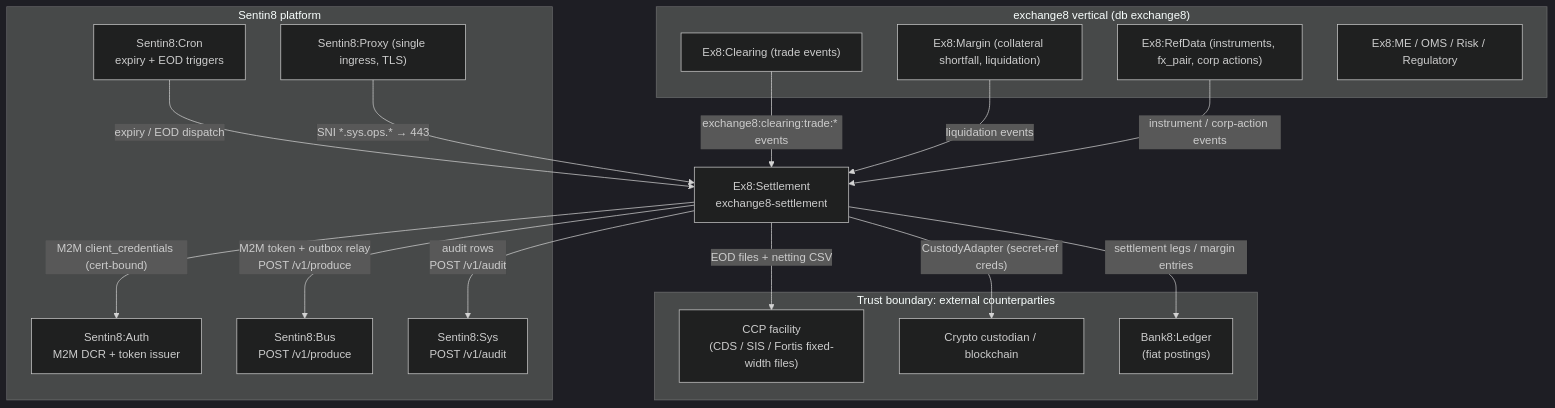
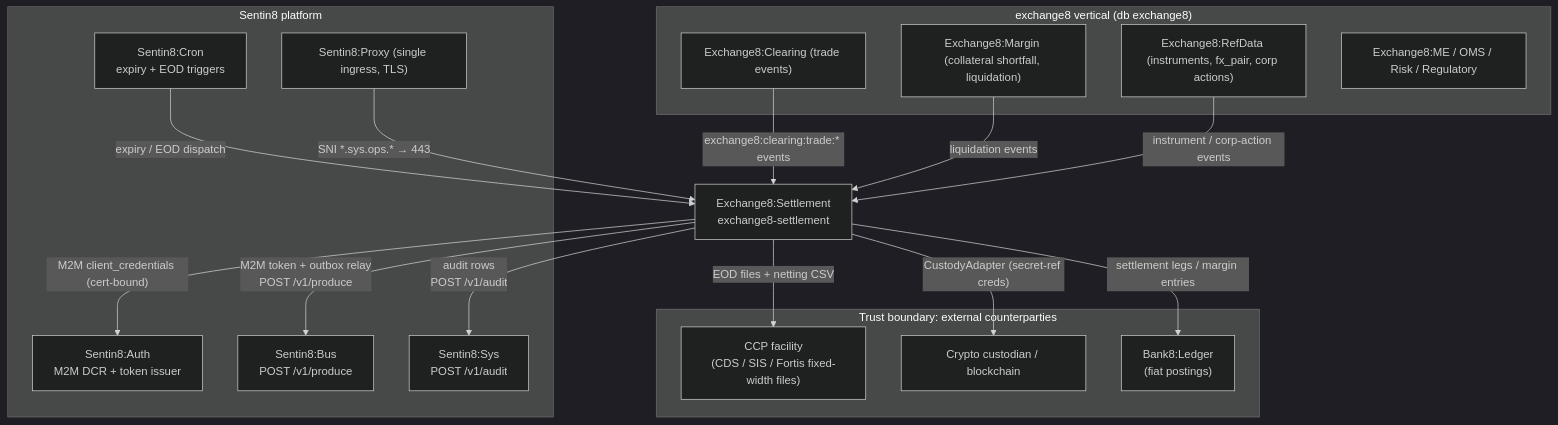
Before and after one commit to Exchange8-dev/exchange8-settlement: the first of 23 diagrams in DESIGN.md, drawn with Mermaid (dark theme). The commit also changed other lines of this file and 9 other files, not shown here.

````diff
--- a/DESIGN.md
+++ b/DESIGN.md
@@ -41,37 +41,37 @@
 ```mermaid
 graph TD
     subgraph vertical["exchange8 vertical (db exchange8)"]
-        CLEARING["Ex8:Clearing (trade events)"]
-        MARGIN["Ex8:Margin (collateral shortfall, liquidation)"]
-        REFDATA["Ex8:RefData (instruments, fx_pair, corp actions)"]
-        OTHER["Ex8:ME / OMS / Risk / Regulatory"]
+        CLEARING["Exchange8:Clearing (trade events)"]
+        MARGIN["Exchange8:Margin (collateral shortfall, liquidation)"]
+        REFDATA["Exchange8:RefData (instruments, fx_pair, corp actions)"]
+        OTHER["Exchange8:ME / OMS / Risk / Regulatory"]
     end
 
     subgraph external["Trust boundary: external counterparties"]
         CCP["CCP facility<br/>(CDS / SIS / Fortis fixed-width files)"]
         CUSTODIAN["Crypto custodian / blockchain"]
         LEDGER["Bank8:Ledger<br/>(fiat postings)"]
     end
 
     subgraph platform["Sentin8 platform"]
         AUTH["Sentin8:Auth<br/>M2M DCR + token issuer"]
         BUS["Sentin8:Bus<br/>POST /v1/produce"]
         SYS["Sentin8:Sys<br/>POST /v1/audit"]
         CRON["Sentin8:Cron<br/>expiry + EOD triggers"]
         PROXY["Sentin8:Proxy (single ingress, TLS)"]
     end
 
-    SVC["Ex8:Settlement<br/>exchange8-settlement"]
+    SVC["Exchange8:Settlement<br/>exchange8-settlement"]
 
     CLEARING -->|"exchange8:clearing:trade:* events"| SVC
     MARGIN -->|"liquidation events"| SVC
     REFDATA -->|"instrument / corp-action events"| SVC
     SVC -->|"M2M client_credentials (cert-bound)"| AUTH
     SVC -->|"M2M token + outbox relay<br/>POST /v1/produce"| BUS
     SVC -->|"audit rows<br/>POST /v1/audit"| SYS
     CRON -->|"expiry / EOD dispatch"| SVC
     SVC -->|"settlement legs / margin entries"| LEDGER
     SVC -->|"CustodyAdapter (secret-ref creds)"| CUSTODIAN
     SVC -->|"EOD files + netting CSV"| CCP
     PROXY -->|"SNI *.sys.ops.* → 443"| SVC
 ```
````
